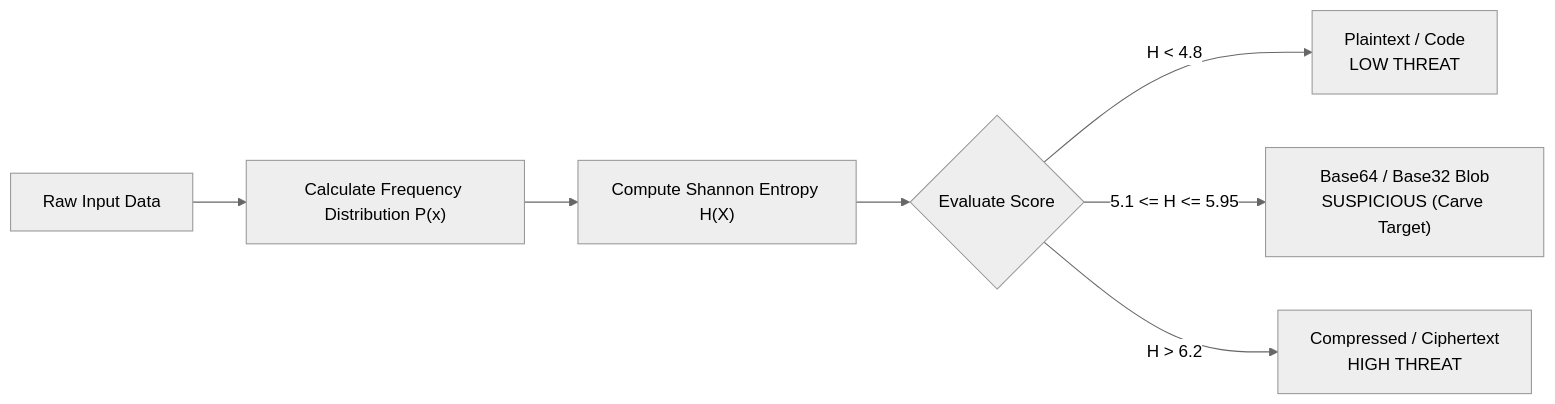
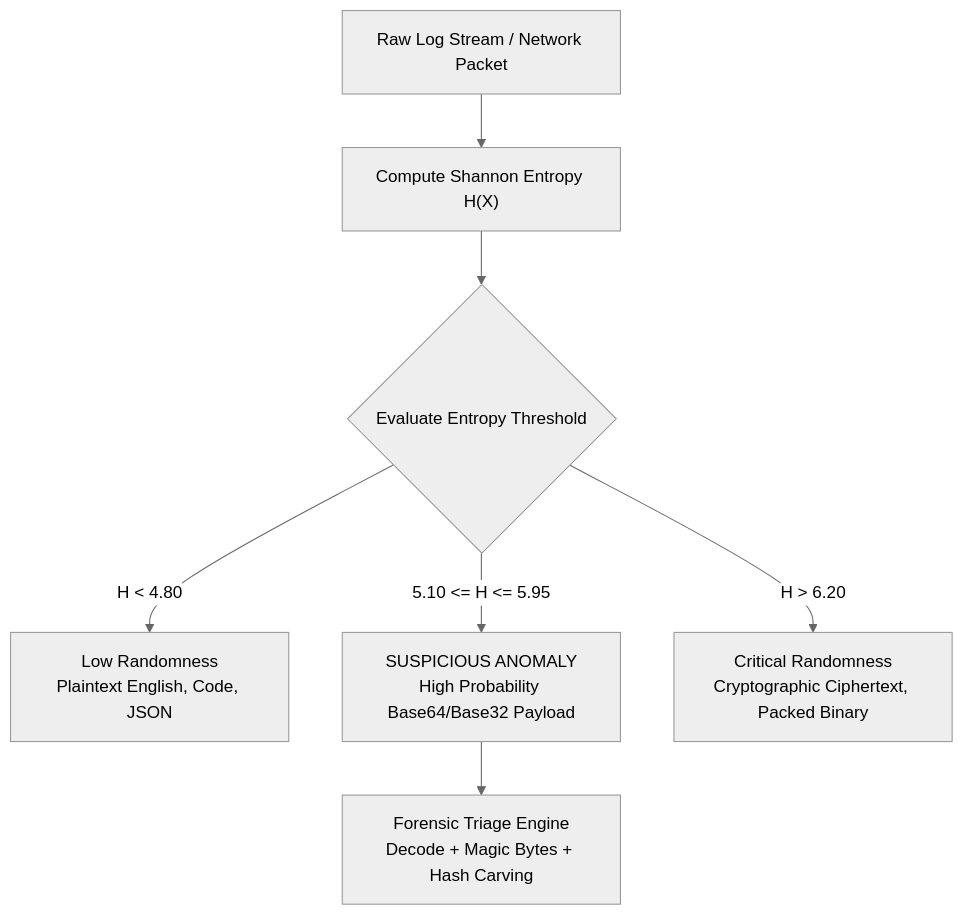
One commit to veruthiaoperations-cloud/B64LAB changed the diagram in docs/03_SOC_TRIAGE_FORENSICS.md. Above: the diagram before and after it, drawn with Mermaid (neutral theme). The commit also changed 6 other files, not shown here.

Commit message:
docs: add comprehensive schema cheat sheet, step-by-step visualizer, curriculum roadmap, and verified links

````diff
--- a/docs/03_SOC_TRIAGE_FORENSICS.md
+++ b/docs/03_SOC_TRIAGE_FORENSICS.md
@@ -21,9 +21,9 @@
 ```mermaid
-graph LR
-    A["Raw Input Data"] --> B["Calculate Frequency Distribution P(x)"]
-    B --> C["Compute Shannon Entropy H(X)"]
-    C --> D{Evaluate Score}
-    D -->|H < 4.8| E["Plaintext / Code<br>LOW THREAT"]
-    D -->|5.1 <= H <= 5.95| F["Base64 / Base32 Blob<br>SUSPICIOUS (Carve Target)"]
-    D -->|H > 6.2| G["Compressed / Ciphertext<br>HIGH THREAT"]
+flowchart TD
+    A["Raw Log Stream / Network Packet"] --> B["Compute Shannon Entropy H(X)"]
+    B --> C{Evaluate Entropy Threshold}
+    C -->|H < 4.80| D["Low Randomness<br>Plaintext English, Code, JSON"]
+    C -->|5.10 <= H <= 5.95| E["SUSPICIOUS ANOMALY<br>High Probability Base64/Base32 Payload"]
+    C -->|H > 6.20| F["Critical Randomness<br>Cryptographic Ciphertext, Packed Binary"]
+    E --> G["Forensic Triage Engine<br>Decode + Magic Bytes + Hash Carving"]
 ```
````
